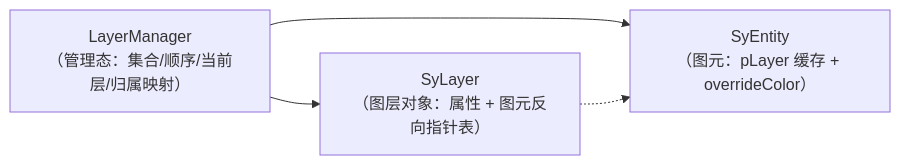
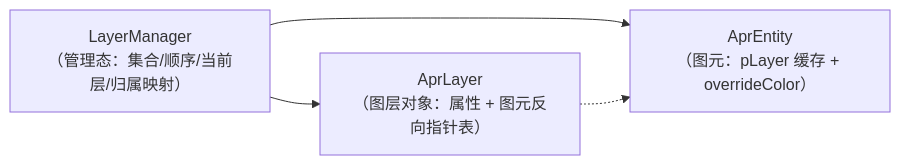
One commit to yulinxx/CAD changed the first of 12 diagrams in Docs/01-当前架构/图层.md. Above: the diagram before and after it, drawn with Mermaid. The commit also changed other lines of this file and 326 other files, not shown here.

````diff
--- a/Docs/01-当前架构/图层.md
+++ b/Docs/01-当前架构/图层.md
@@ -17,6 +17,6 @@
 ```mermaid
 graph LR
-    A["LayerManager<br/>（管理态：集合/顺序/当前层/归属映射）"] --> B["SyLayer<br/>（图层对象：属性 + 图元反向指针表）"]
-    A --> C["SyEntity<br/>（图元：pLayer 缓存 + overrideColor）"]
+    A["LayerManager<br/>（管理态：集合/顺序/当前层/归属映射）"] --> B["AprLayer<br/>（图层对象：属性 + 图元反向指针表）"]
+    A --> C["AprEntity<br/>（图元：pLayer 缓存 + overrideColor）"]
     B -.-> C
 ```
````
